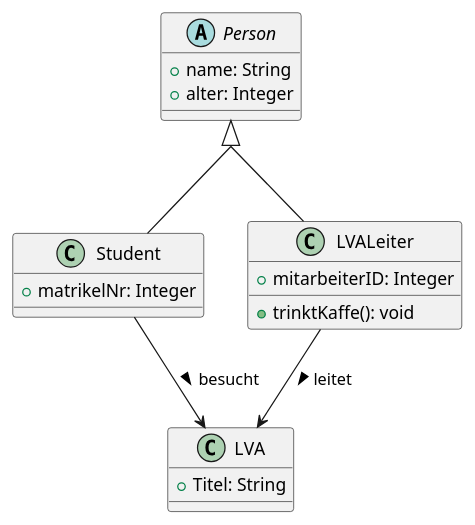
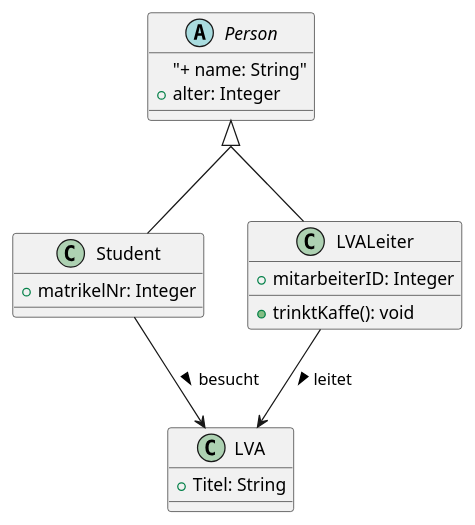
One commit to jku-win-se/teaching-2025.ss.prse.braeuer.team5 changed the diagram in UML/README.md. Above: the diagram before and after it, drawn with PlantUML. The commit also changed other lines of this file, not shown here.

```diff
--- a/UML/README.md
+++ b/UML/README.md
@@ -29,27 +30,28 @@
 @startuml
+
 skinparam groupInheritance 2
 abstract class Person{
-  + name: String
+  "+ name: String"
   + alter: Integer
 }
 
 class Student{
   + matrikelNr: Integer
 }
 
 class LVALeiter{
   + mitarbeiterID: Integer
   + trinktKaffe(): void
 }
 
 class LVA{
   + Titel: String
 }
 
 Person <|-- Student
 Person <|-- LVALeiter
 
 LVALeiter --> LVA: leitet >
 Student --> LVA: besucht >
 
 @enduml
```
